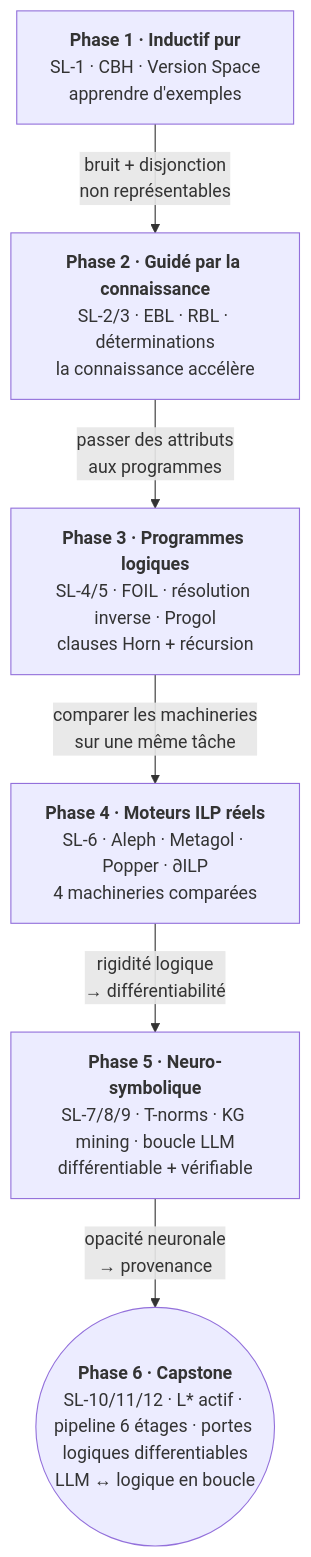
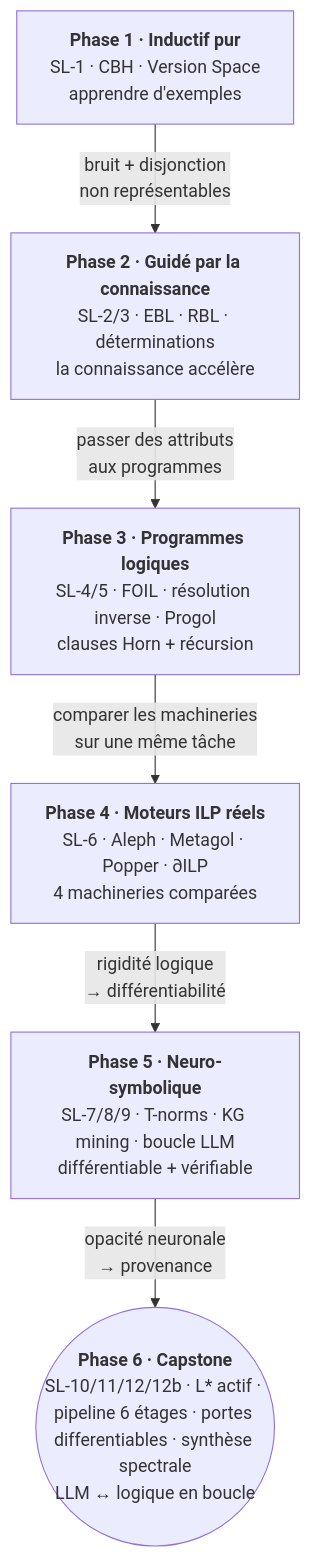
One commit to jsboige/CoursIA changed the diagram in MyIA.AI.Notebooks/SymbolicAI/SymbolicLearning/README.md. Above: the diagram before and after it, drawn with Mermaid. The commit also changed other lines of this file and 2 other files, not shown here.

First line of the commit message:
feat(symboliclearning,#14366): SL-12b synthese logique spectrale (grain G2)

````diff
--- a/MyIA.AI.Notebooks/SymbolicAI/SymbolicLearning/README.md
+++ b/MyIA.AI.Notebooks/SymbolicAI/SymbolicLearning/README.md
@@ -62,14 +63,14 @@
 ```mermaid
 flowchart TD
     P1["<b>Phase 1 · Inductif pur</b><br/>SL-1 · CBH · Version Space<br/>apprendre d'exemples"]
     P2["<b>Phase 2 · Guidé par la connaissance</b><br/>SL-2/3 · EBL · RBL · déterminations<br/>la connaissance accélère"]
     P3["<b>Phase 3 · Programmes logiques</b><br/>SL-4/5 · FOIL · résolution inverse · Progol<br/>clauses Horn + récursion"]
     P4["<b>Phase 4 · Moteurs ILP réels</b><br/>SL-6 · Aleph · Metagol · Popper · ∂ILP<br/>4 machineries comparées"]
     P5["<b>Phase 5 · Neuro-symbolique</b><br/>SL-7/8/9 · T-norms · KG mining · boucle LLM<br/>différentiable + vérifiable"]
-    P6(("<b>Phase 6 · Capstone</b><br/>SL-10/11/12 · L* actif · pipeline 6 étages · portes logiques differentiables<br/>LLM ↔ logique en boucle"))
+    P6(("<b>Phase 6 · Capstone</b><br/>SL-10/11/12/12b · L* actif · pipeline 6 étages · portes differentiables · synthèse spectrale<br/>LLM ↔ logique en boucle"))
     P1 -->|"bruit + disjonction<br/>non représentables"| P2
     P2 -->|"passer des attributs<br/>aux programmes"| P3
     P3 -->|"comparer les machineries<br/>sur une même tâche"| P4
     P4 -->|"rigidité logique<br/>→ différentiabilité"| P5
     P5 -->|"opacité neuronale<br/>→ provenance"| P6
 ```
````
